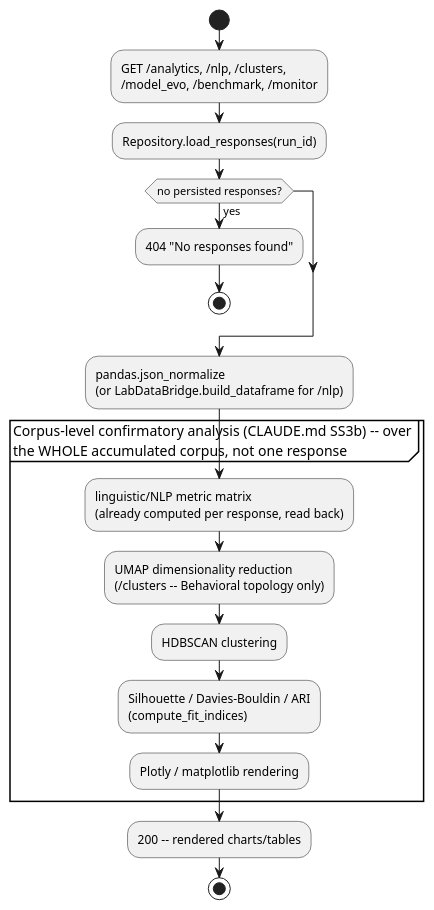
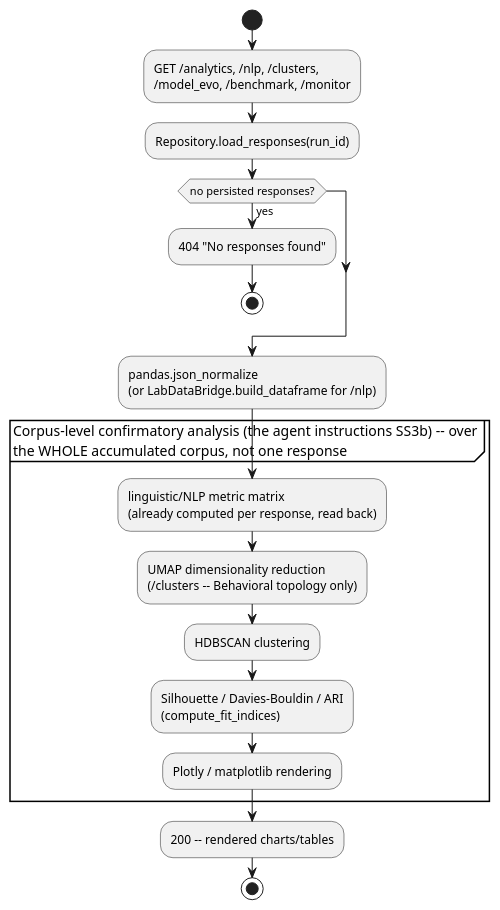
Before and after one commit to ooge0/LLM-Data-Lab: the fourth of 9 diagrams in docs/source/architecture.rst, drawn with PlantUML. The commit also changed other lines of this file and 89 other files, not shown here.

```diff
--- a/docs/source/architecture.rst
+++ b/docs/source/architecture.rst
@@ -223,26 +223,26 @@
 .. uml::
 
    @startuml
    skinparam backgroundColor transparent
    skinparam shadowing false
 
    start
    :GET /analytics, /nlp, /clusters,\n/model_evo, /benchmark, /monitor;
    :Repository.load_responses(run_id);
    if (no persisted responses?) then (yes)
      :404 "No responses found";
      stop
    endif
    :pandas.json_normalize\n(or LabDataBridge.build_dataframe for /nlp);
 
-   partition "Corpus-level confirmatory analysis (CLAUDE.md SS3b) -- over\nthe WHOLE accumulated corpus, not one response" {
+   partition "Corpus-level confirmatory analysis (the agent instructions SS3b) -- over\nthe WHOLE accumulated corpus, not one response" {
      :linguistic/NLP metric matrix\n(already computed per response, read back);
      :UMAP dimensionality reduction\n(/clusters -- Behavioral topology only);
      :HDBSCAN clustering;
      :Silhouette / Davies-Bouldin / ARI\n(compute_fit_indices);
      :Plotly / matplotlib rendering;
    }
 
    :200 -- rendered charts/tables;
    stop
    @enduml
```
